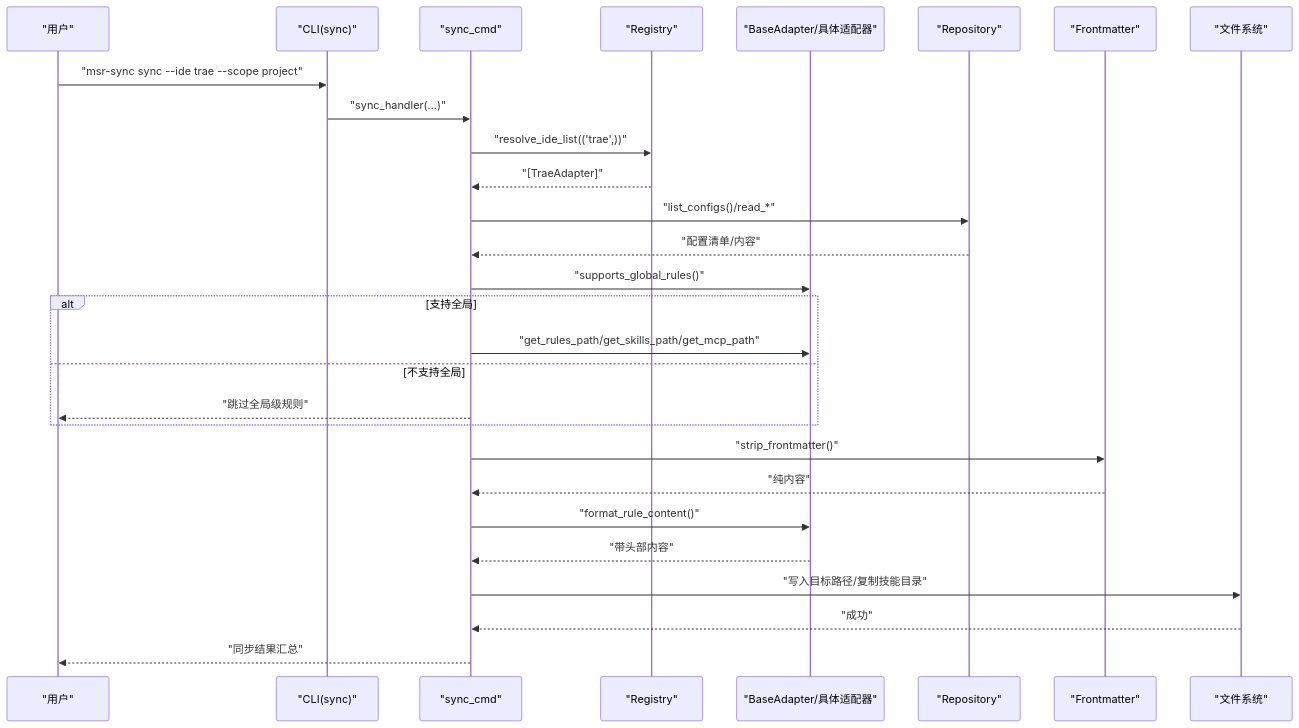
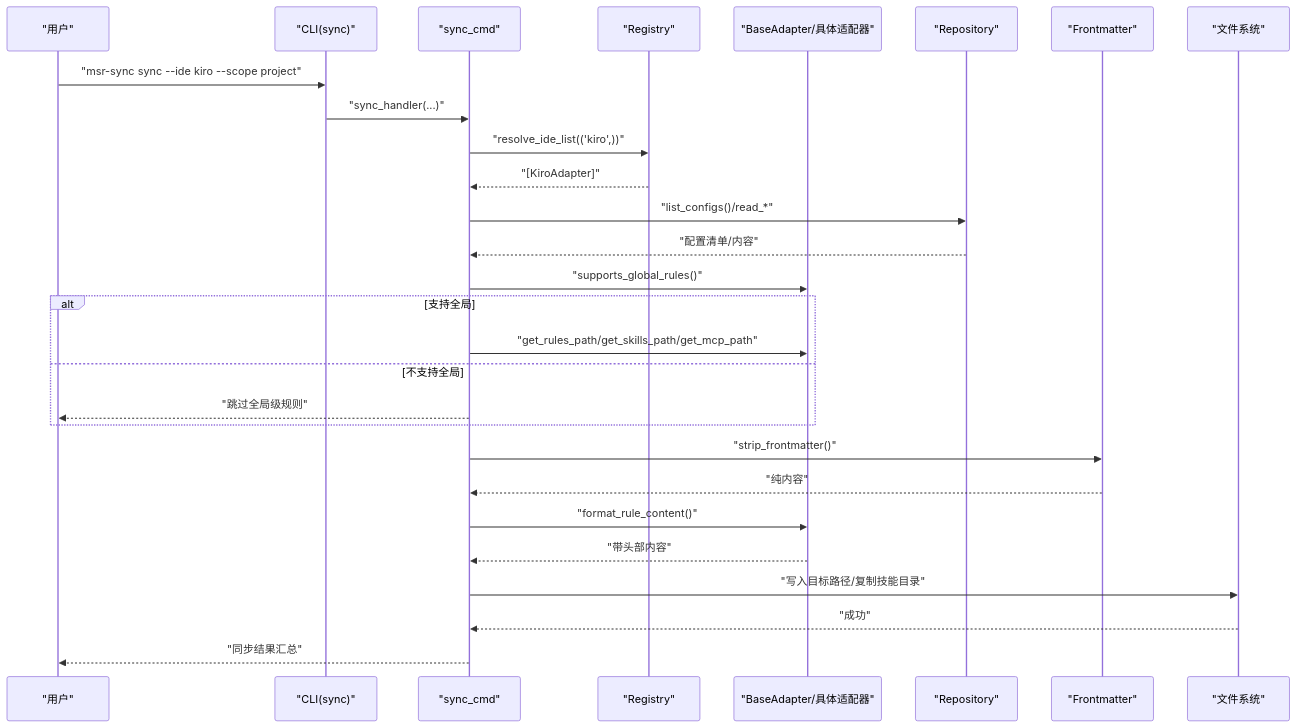
The third of 7 diagrams in .qoder/repowiki/zh/content/IDE适配器/IDE适配器.md (MapleWan/MSR), drawn with Mermaid before and after one commit. The commit also changed other lines of this file and 3 other files, not shown here.

````diff
--- a/.qoder/repowiki/zh/content/IDE适配器/IDE适配器.md
+++ b/.qoder/repowiki/zh/content/IDE适配器/IDE适配器.md
@@ -254,30 +293,30 @@
 ```mermaid
 sequenceDiagram
 participant U as "用户"
 participant CLI as "CLI(sync)"
 participant CMD as "sync_cmd"
 participant REG as "Registry"
 participant AD as "BaseAdapter/具体适配器"
 participant REPO as "Repository"
 participant FM as "Frontmatter"
 participant FS as "文件系统"
-U->>CLI : "msr-sync sync --ide trae --scope project"
+U->>CLI : "msr-sync sync --ide kiro --scope project"
 CLI->>CMD : "sync_handler(...)"
-CMD->>REG : "resolve_ide_list(('trae',))"
-REG-->>CMD : "[TraeAdapter]"
+CMD->>REG : "resolve_ide_list(('kiro',))"
+REG-->>CMD : "[KiroAdapter]"
 CMD->>REPO : "list_configs()/read_*"
 REPO-->>CMD : "配置清单/内容"
 CMD->>AD : "supports_global_rules()"
 alt 支持全局
 CMD->>AD : "get_rules_path/get_skills_path/get_mcp_path"
 else 不支持全局
 CMD-->>U : "跳过全局级规则"
 end
 CMD->>FM : "strip_frontmatter()"
 FM-->>CMD : "纯内容"
 CMD->>AD : "format_rule_content()"
 AD-->>CMD : "带头部内容"
 CMD->>FS : "写入目标路径/复制技能目录"
 FS-->>CMD : "成功"
 CMD-->>U : "同步结果汇总"
 ```
````
